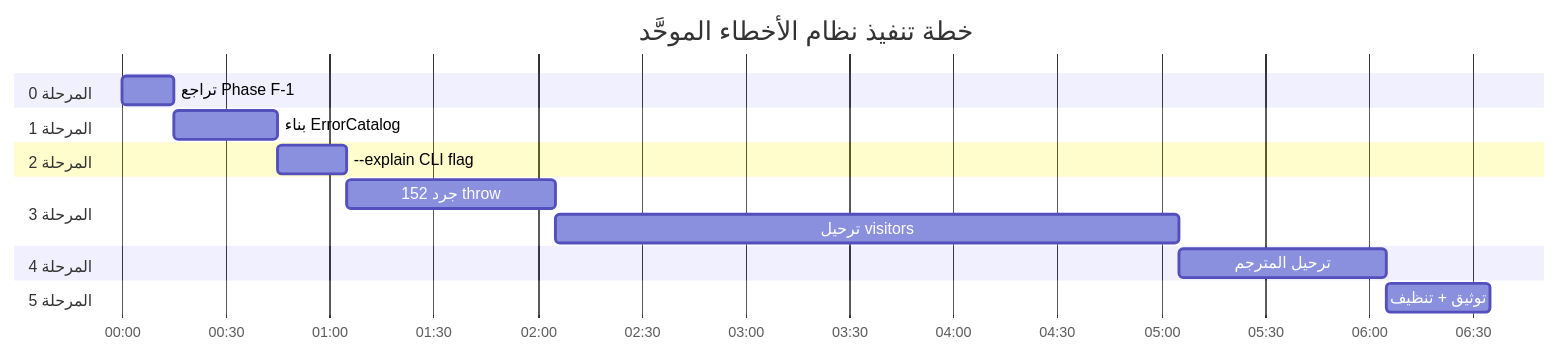
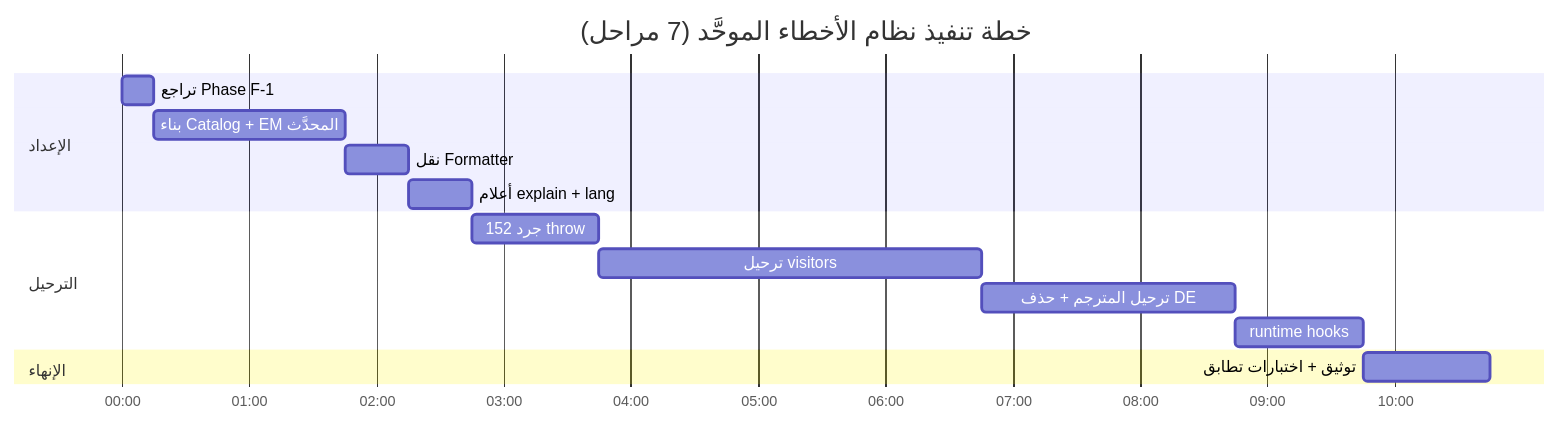
One commit to sadlang/sadlang changed the ninth of 9 diagrams in docs/خطة_توحيد_رسائل_الأخطاء_وفصل_السياسات.md. Above: the diagram before and after it, drawn with Mermaid. The commit also changed other lines of this file, not shown here.

Commit message:
docs(errors): تصحيح معماري كبير — لا نظام أخطاء داخلي في المفسر/المترجم، كل شيء عبر shared/errors

````diff
--- a/docs/خطة_توحيد_رسائل_الأخطاء_وفصل_السياسات.md
+++ b/docs/خطة_توحيد_رسائل_الأخطاء_وفصل_السياسات.md
@@ -609,19 +927,18 @@
 ```mermaid
 gantt
-    title خطة تنفيذ نظام الأخطاء الموحَّد
+    title خطة تنفيذ نظام الأخطاء الموحَّد (7 مراحل)
     dateFormat HH:mm
     axisFormat %H:%M
-    section المرحلة 0
-    تراجع Phase F-1           :a0, 00:00, 15m
-    section المرحلة 1
-    بناء ErrorCatalog          :a1, after a0, 30m
-    section المرحلة 2
-    --explain CLI flag         :a2, after a1, 20m
-    section المرحلة 3
-    جرد 152 throw              :a3, after a2, 60m
-    ترحيل visitors             :a4, after a3, 180m
-    section المرحلة 4
-    ترحيل المترجم              :a5, after a4, 60m
-    section المرحلة 5
-    توثيق + تنظيف              :a6, after a5, 30m
+    section الإعداد
+    تراجع Phase F-1            :a0, 00:00, 15m
+    بناء Catalog + EM المحدَّث  :a1, after a0, 90m
+    نقل Formatter              :a2, after a1, 30m
+    أعلام explain + lang       :a3, after a2, 30m
+    section الترحيل
+    جرد 152 throw              :a4, after a3, 60m
+    ترحيل visitors             :a5, after a4, 180m
+    ترحيل المترجم + حذف DE     :a6, after a5, 120m
+    runtime hooks              :a7, after a6, 60m
+    section الإنهاء
+    توثيق + اختبارات تطابق     :a8, after a7, 60m
 ```
````
